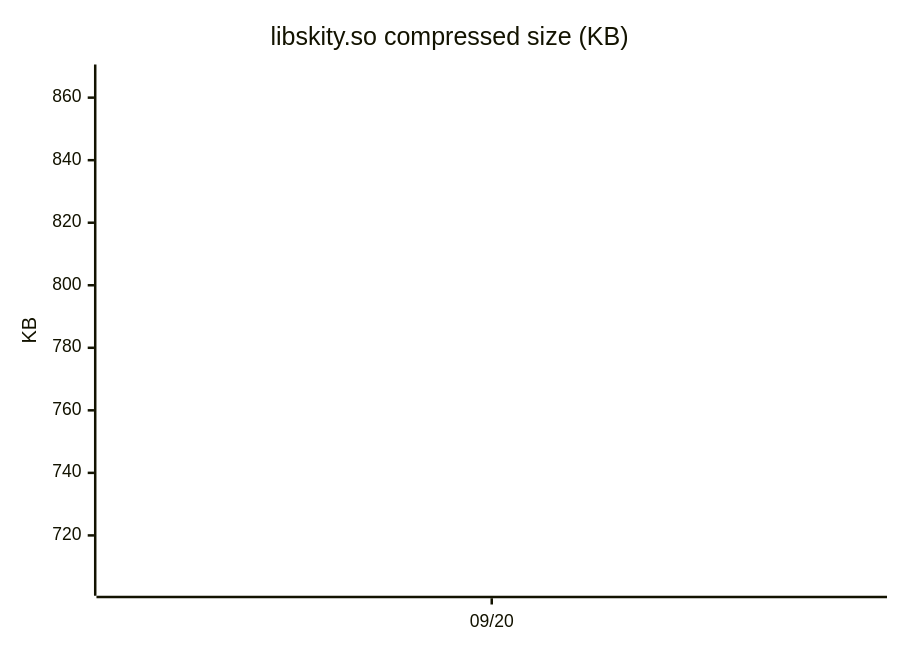
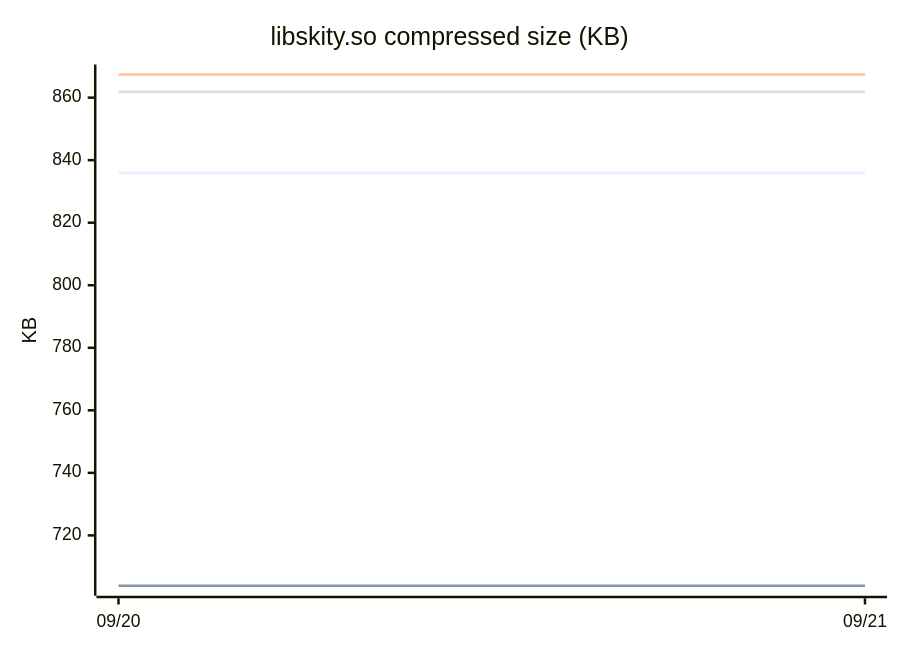
One commit to lynx-family/skity changed the second of 2 diagrams in README.md. Above: the diagram before and after it, drawn with Mermaid. The commit also changed other lines of this file and 1 other file, not shown here.

````diff
--- a/README.md
+++ b/README.md
@@ -31,10 +31,10 @@
 ```mermaid
 xychart-beta
     title "libskity.so compressed size (KB)"
-    x-axis ["09/20"]
+    x-axis ["09/20", "09/21"]
     y-axis "KB"
-    line "arm64-v8a" [835.9]
-    line "armeabi-v7a" [703.9]
-    line "x86" [867.4]
-    line "x86_64" [861.9]
+    line "arm64-v8a" [835.9, 835.9]
+    line "armeabi-v7a" [703.9, 703.9]
+    line "x86" [867.4, 867.4]
+    line "x86_64" [861.9, 861.9]
 ```
````
